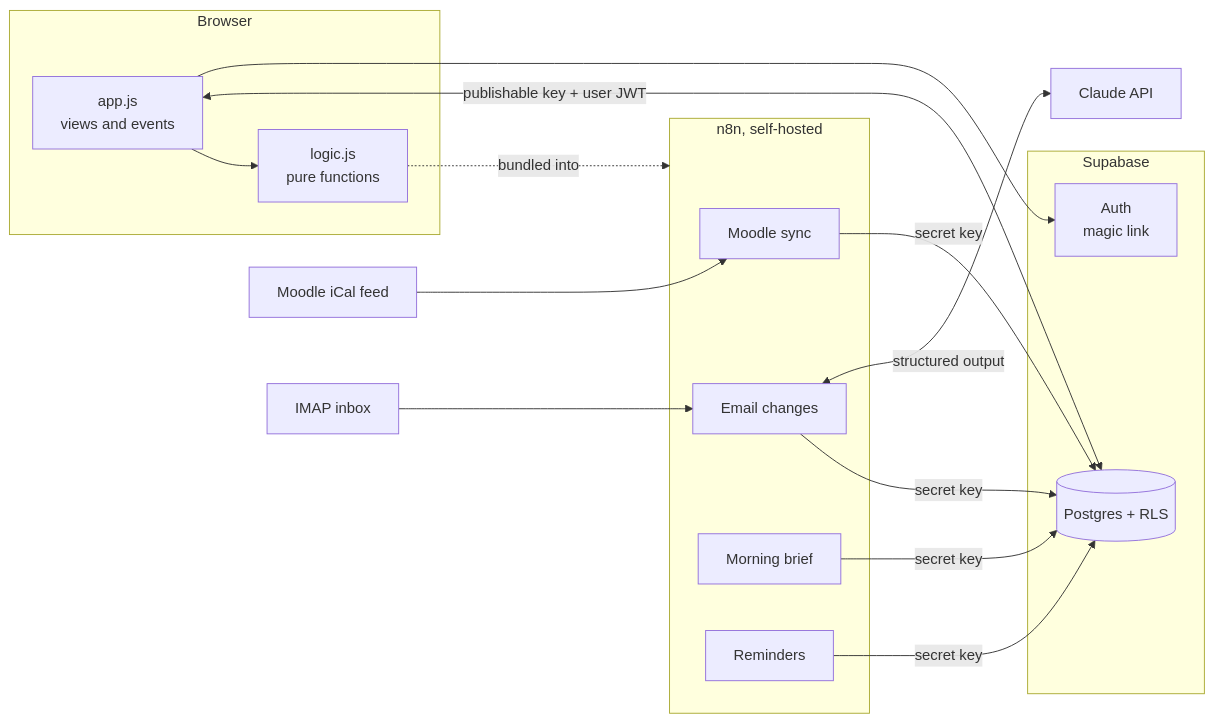
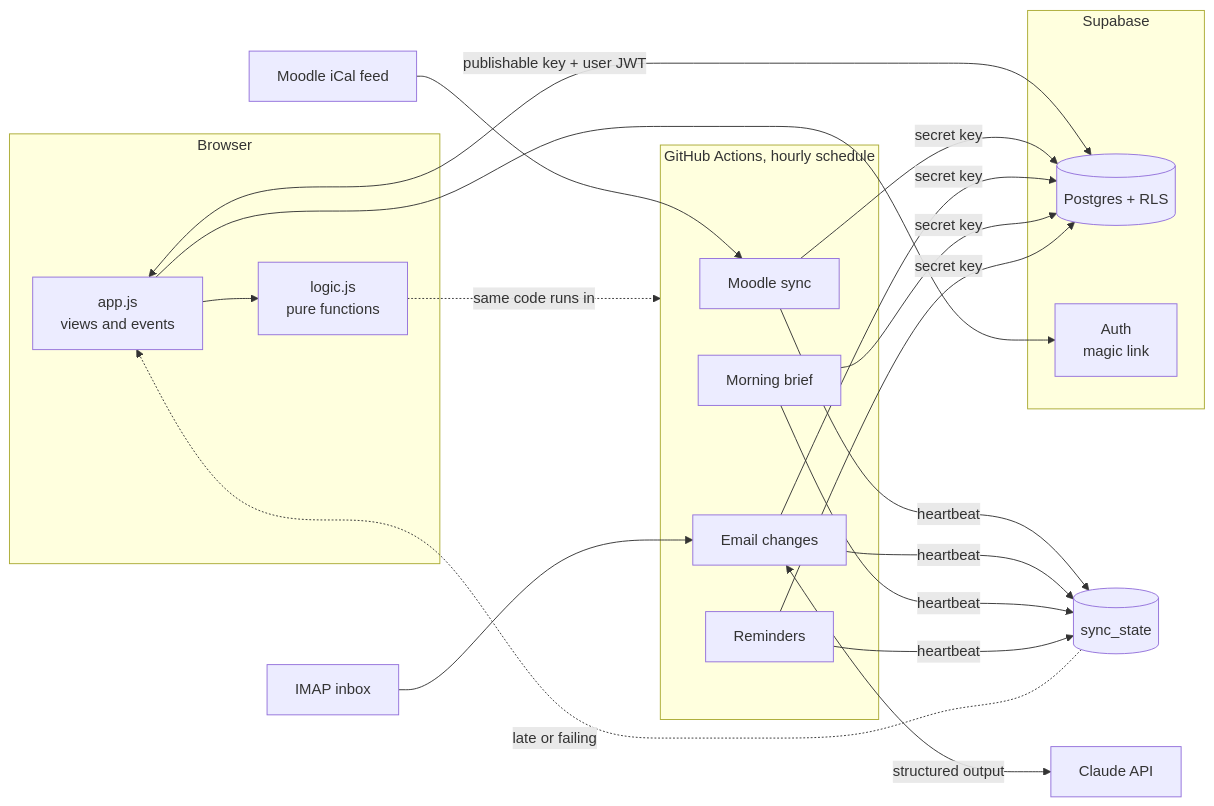
The diagram in README.md (aradyaacovi/student-copilot), drawn with Mermaid before and after one commit. The commit also changed 3 other files, not shown here.

First line of the commit message:
docs: portfolio drafts, heartbeat ADR and updated architecture diagram

````diff
--- a/README.md
+++ b/README.md
@@ -75,25 +75,27 @@
 ```mermaid
 flowchart LR
   subgraph Browser
     UI[app.js<br/>views and events]
     L[logic.js<br/>pure functions]
     UI --> L
   end
   subgraph Supabase
     DB[(Postgres + RLS)]
     Auth[Auth<br/>magic link]
   end
-  subgraph n8n[n8n, self-hosted]
+  subgraph GH[GitHub Actions, hourly schedule]
     W1[Moodle sync]
     W2[Email changes]
     W3[Morning brief]
     W4[Reminders]
   end
   UI <-->|publishable key + user JWT| DB
   UI --> Auth
   W1 & W2 & W3 & W4 -->|secret key| DB
+  W1 & W2 & W3 & W4 -->|heartbeat| Sync[(sync_state)]
+  Sync -. late or failing .-> UI
   Moodle[Moodle iCal feed] --> W1
   Mail[IMAP inbox] --> W2
   W2 <-->|structured output| Claude[Claude API]
-  L -. bundled into .-> n8n
+  L -. same code runs in .-> GH
 ```
````
